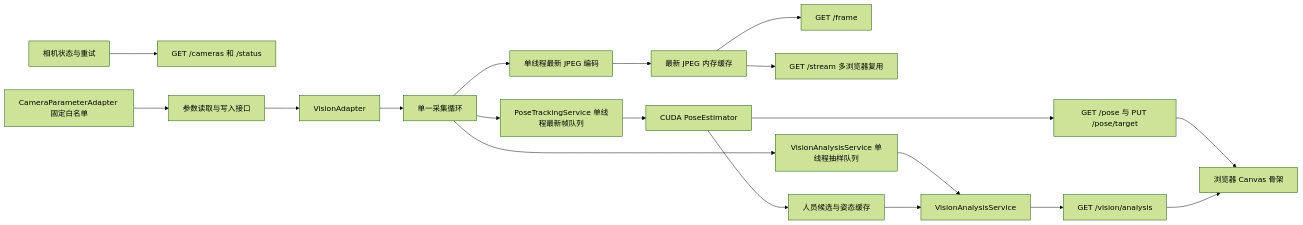
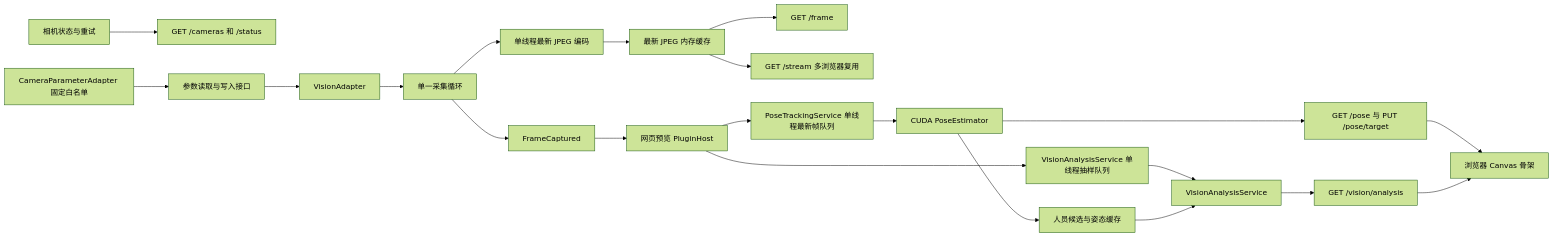
Before and after one commit to MelodyKnit/robootic: the second of 5 diagrams in docs/architecture.md, drawn with Mermaid (forest theme). The commit also changed other lines of this file and 55 other files, not shown here.

````diff
--- a/docs/architecture.md
+++ b/docs/architecture.md
@@ -27,21 +27,23 @@
 ```mermaid
 flowchart LR
     Camera[VisionAdapter] --> Loop[单一采集循环]
     Loop --> Encoder[单线程最新 JPEG 编码]
     Encoder --> Cache[最新 JPEG 内存缓存]
     Cache --> Snapshot[GET /frame]
     Cache --> Stream[GET /stream 多浏览器复用]
     Status[相机状态与重试] --> Api[GET /cameras 和 /status]
     Parameters[CameraParameterAdapter 固定白名单] --> Controls[参数读取与写入接口]
     Controls --> Camera
-    Loop --> Pose[PoseTrackingService 单线程最新帧队列]
-    Loop --> Quality[VisionAnalysisService 单线程抽样队列]
+    Loop --> FrameEvent[FrameCaptured]
+    FrameEvent --> PluginHost[网页预览 PluginHost]
+    PluginHost --> Pose[PoseTrackingService 单线程最新帧队列]
+    PluginHost --> Quality[VisionAnalysisService 单线程抽样队列]
     Pose --> Inference[CUDA PoseEstimator]
     Inference --> Candidates[人员候选与姿态缓存]
     Quality --> Analysis[VisionAnalysisService]
     Candidates --> Analysis
     Analysis --> AnalysisApi[GET /vision/analysis]
     Inference --> PoseApi[GET /pose 与 PUT /pose/target]
     PoseApi --> Canvas[浏览器 Canvas 骨架]
     AnalysisApi --> Canvas
 ```
````
